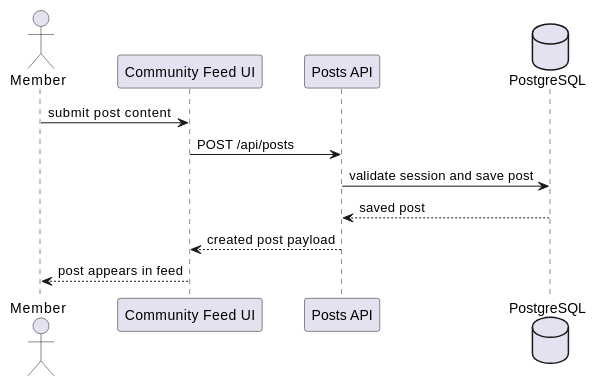
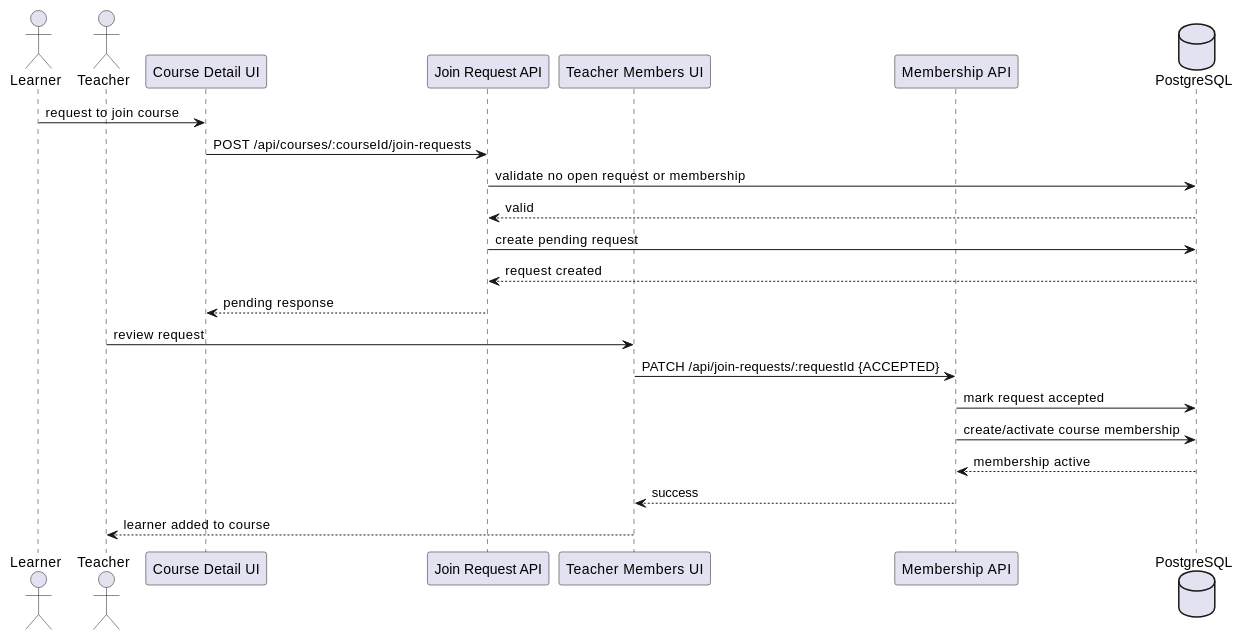
Before and after one commit to mohammedJaffal/skool: the sixth of 10 diagrams in docs/SOFTWARE_CONCEPTION.md, drawn with PlantUML. The commit also changed other lines of this file and 2 other files, not shown here.

Commit message:
Align software conception with UML reference PDF

````diff
--- a/docs/SOFTWARE_CONCEPTION.md
+++ b/docs/SOFTWARE_CONCEPTION.md
@@ -773,15 +973,26 @@
 ```plantuml
 @startuml
-actor Member
-participant "Community Feed UI" as UI
-participant "Posts API" as API
+actor Learner
+actor Teacher
+participant "Course Detail UI" as LearnerUI
+participant "Join Request API" as RequestAPI
+participant "Teacher Members UI" as TeacherUI
+participant "Membership API" as MembershipAPI
 database "PostgreSQL" as DB
 
-Member -> UI : submit post content
-UI -> API : POST /api/posts
-API -> DB : validate session and save post
-DB --> API : saved post
-API --> UI : created post payload
-UI --> Member : post appears in feed
+Learner -> LearnerUI : request to join course
+LearnerUI -> RequestAPI : POST /api/courses/:courseId/join-requests
+RequestAPI -> DB : validate no open request or membership
+DB --> RequestAPI : valid
+RequestAPI -> DB : create pending request
+DB --> RequestAPI : request created
+RequestAPI --> LearnerUI : pending response
+Teacher -> TeacherUI : review request
+TeacherUI -> MembershipAPI : PATCH /api/join-requests/:requestId {ACCEPTED}
+MembershipAPI -> DB : mark request accepted
+MembershipAPI -> DB : create/activate course membership
+DB --> MembershipAPI : membership active
+MembershipAPI --> TeacherUI : success
+TeacherUI --> Teacher : learner added to course
 @enduml
 ```
````
